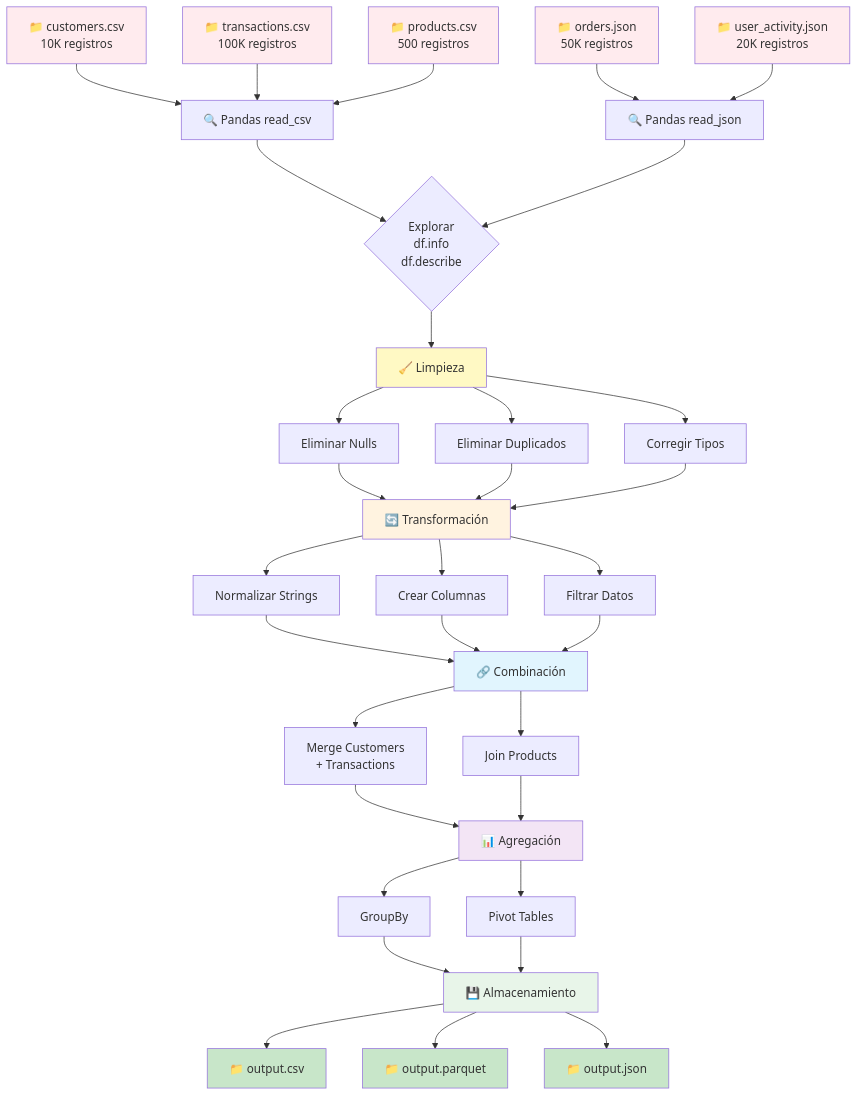
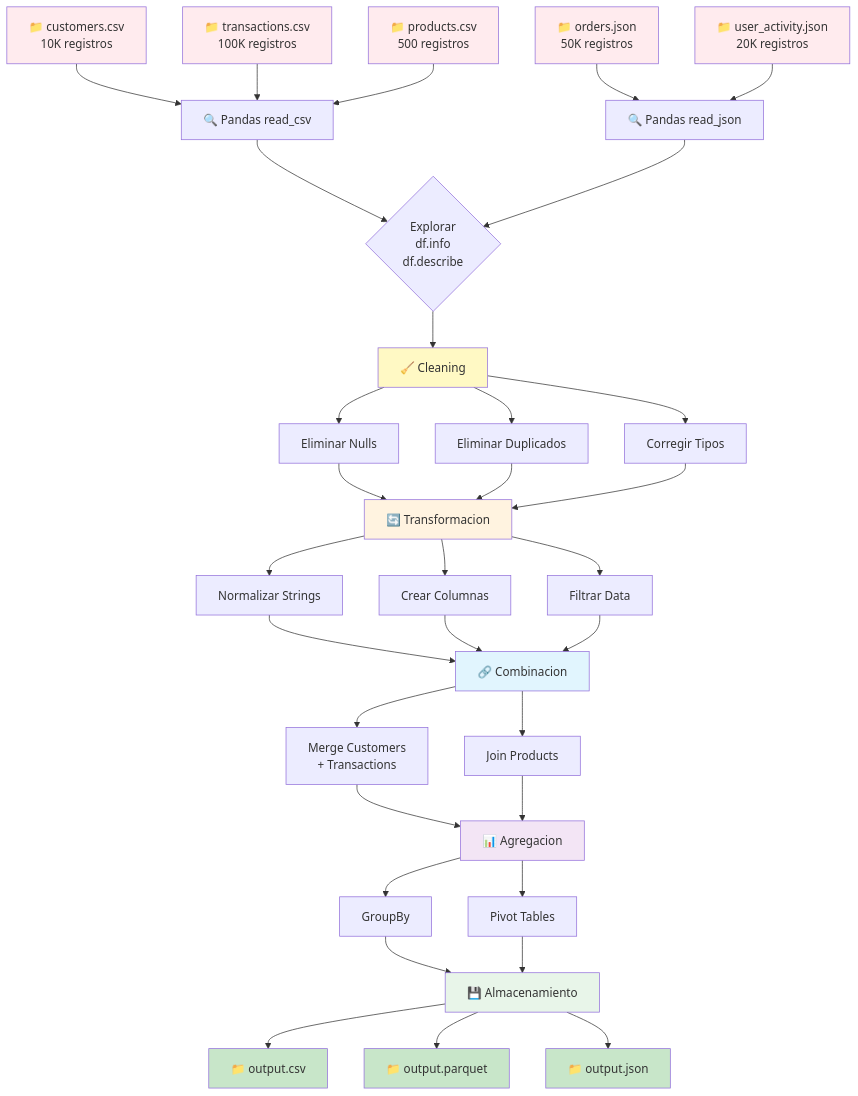
Before and after one commit to nanlabs/nan-data-engineering-labs: the third of 8 diagrams in modules/module-04-python-for-data/assets/diagrams/data-flow.md, drawn with Mermaid. The commit also changed other lines of this file and 23 other files, not shown here.

````diff
--- a/modules/module-04-python-for-data/assets/diagrams/data-flow.md
+++ b/modules/module-04-python-for-data/assets/diagrams/data-flow.md
@@ -68,58 +68,58 @@
 ```mermaid
 flowchart TD
     A[📁 customers.csv<br/>10K registros] --> B[🔍 Pandas read_csv]
     C[📁 transactions.csv<br/>100K registros] --> B
     D[📁 products.csv<br/>500 registros] --> B
     E[📁 orders.json<br/>50K registros] --> F[🔍 Pandas read_json]
     G[📁 user_activity.json<br/>20K registros] --> F
     
     B --> H{Explorar<br/>df.info<br/>df.describe}
     F --> H
     
-    H --> I[🧹 Limpieza]
+    H --> I[🧹 Cleaning]
     I --> J[Eliminar Nulls]
     I --> K[Eliminar Duplicados]
     I --> L[Corregir Tipos]
     
-    J --> M[🔄 Transformación]
+    J --> M[🔄 Transformacion]
     K --> M
     L --> M
     
     M --> N[Normalizar Strings]
     M --> O[Crear Columnas]
-    M --> P[Filtrar Datos]
+    M --> P[Filtrar Data]
     
-    N --> Q[🔗 Combinación]
+    N --> Q[🔗 Combinacion]
     O --> Q
     P --> Q
     
     Q --> R[Merge Customers<br/>+ Transactions]
     Q --> S[Join Products]
     
-    R --> T[📊 Agregación]
+    R --> T[📊 Agregacion]
     S --> T
     
     T --> U[GroupBy]
     T --> V[Pivot Tables]
     
     U --> W[💾 Almacenamiento]
     V --> W
     
     W --> X[📁 output.csv]
     W --> Y[📁 output.parquet]
     W --> Z[📁 output.json]
     
     style A fill:#ffebee
     style C fill:#ffebee
     style D fill:#ffebee
     style E fill:#ffebee
     style G fill:#ffebee
     style I fill:#fff9c4
     style M fill:#fff3e0
     style Q fill:#e1f5fe
     style T fill:#f3e5f5
     style W fill:#e8f5e9
     style X fill:#c8e6c9
     style Y fill:#c8e6c9
     style Z fill:#c8e6c9
 ```
````
